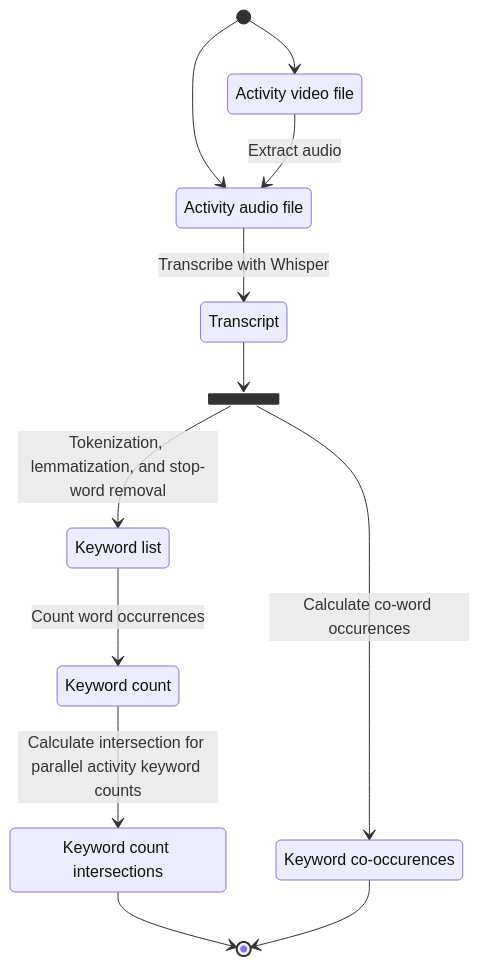
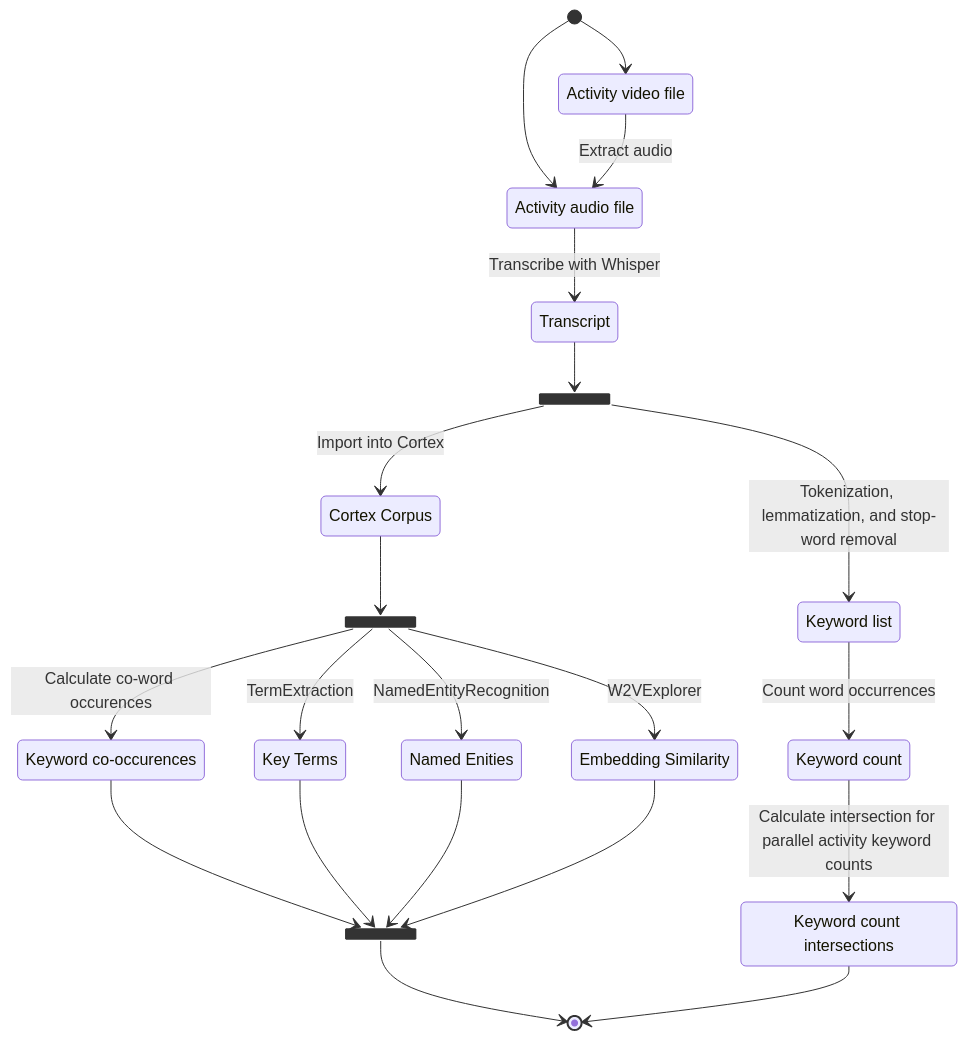
Before and after one commit to VCityTeam/PEPR-VDBI: the fourth of 4 diagrams in data-analysis/wordcount.md, drawn with Mermaid.

Commit message:
update method

````diff
--- a/data-analysis/wordcount.md
+++ b/data-analysis/wordcount.md
@@ -339,27 +339,45 @@
 ```mermaid
 stateDiagram-v2
 
   %% direction LR
 
   video : Activity video file
   audio : Activity audio file
   words : Keyword list
   wc    : Keyword count
   wci   : Keyword count intersections
+  cc    : Cortex Corpus
   wcco  : Keyword co-occurences
+  kt    : Key Terms
+  ne    : Named Enities
+  es    : Embedding Similarity
 
   [*] --> video
   [*] --> audio
-  video --> audio : Extract audio
-  audio --> Transcript : Transcribe with Whisper
+  video --> audio       : Extract audio
+  audio --> Transcript  : Transcribe with Whisper
 
   state fork <<fork>>
     Transcript --> fork
-    fork --> words : Tokenization, lemmatization, and stop-word removal
-    fork --> wcco : Calculate co-word occurences
+    fork --> words      : Tokenization, lemmatization, and stop-word removal
+    fork --> cc         : Import into Cortex
 
-  words --> wc : Count word occurrences
-  wc --> wci : Calculate intersection for parallel activity keyword counts
+  state fork2 <<fork>>
+    cc --> fork2
+    fork2 --> wcco      : Calculate co-word occurences
+    fork2 --> kt        : TermExtraction
+    fork2 --> ne        : NamedEntityRecognition
+    fork2 --> es        : W2VExplorer
+
+  words --> wc          : Count word occurrences
+  wc --> wci            : Calculate intersection for parallel activity keyword counts
+  
+  state join <<join>>
+    wcco --> join
+    kt --> join
+    ne --> join
+    es --> join
+    join --> [*]
+
   wci --> [*]
-  wcco --> [*]
 ```
````
